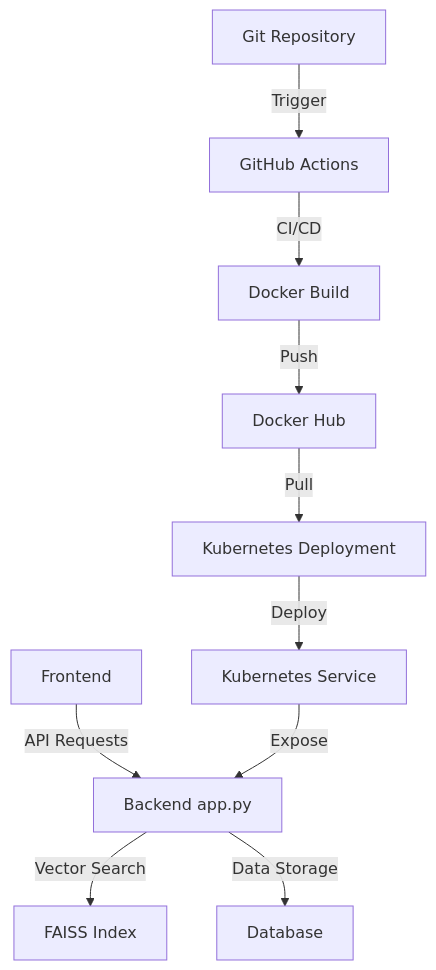
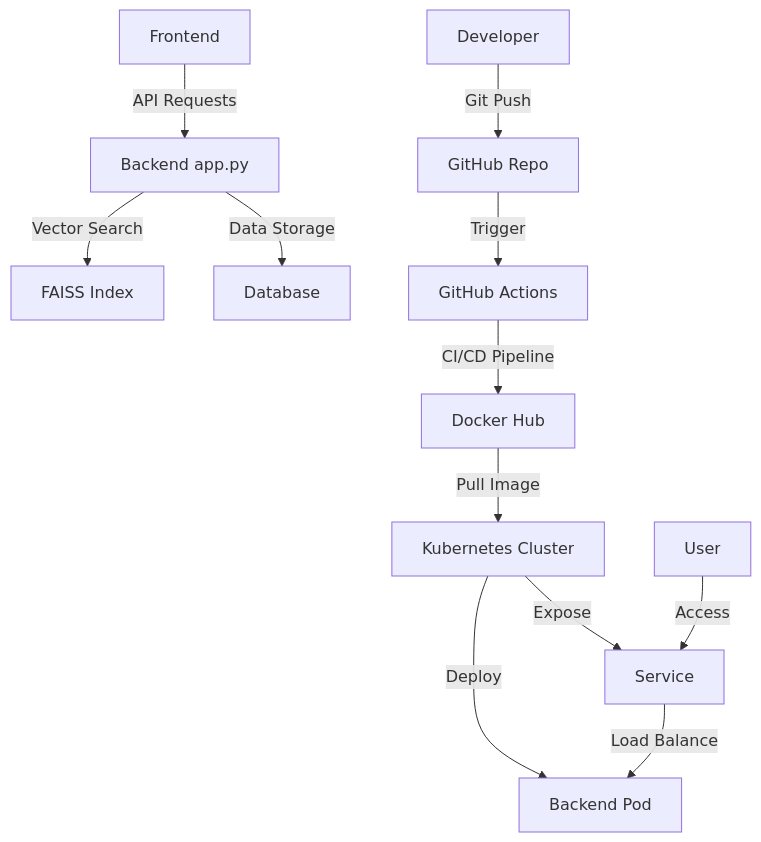
Before and after one commit to ashwanth01-pixel/flaskapp: the diagram in Design.md, drawn with Mermaid. The commit also changed other lines of this file and 2 other files, not shown here.

Commit message:
Automated: Add repo analysis, suggested fixes, and design diagram

````diff
--- a/Design.md
+++ b/Design.md
@@ -7,12 +7,14 @@
 ```mermaid
 graph TD;
-    A[Frontend] -->|API Requests| B[Backend app.py]
-    B -->|Vector Search| C[FAISS Index]
-    B -->|Data Storage| D[Database]
-    E[GitHub Actions] -->|CI/CD| F[Docker Build]
-    F -->|Push| G[Docker Hub]
-    G -->|Pull| H[Kubernetes Deployment]
-    H -->|Deploy| I[Kubernetes Service]
-    I -->|Expose| B
-    J[Git Repository] -->|Trigger| E
+    A[Frontend] -->|API Requests| B[Backend app.py];
+    B -->|Vector Search| C[FAISS Index];
+    B -->|Data Storage| D[Database];
+    E[GitHub Actions] -->|CI/CD Pipeline| F[Docker Hub];
+    F -->|Pull Image| G[Kubernetes Cluster];
+    G -->|Deploy| H[Backend Pod];
+    G -->|Expose| I[Service];
+    I -->|Load Balance| H;
+    J[Developer] -->|Git Push| K[GitHub Repo];
+    K -->|Trigger| E;
+    L[User] -->|Access| I;
 ```
````
